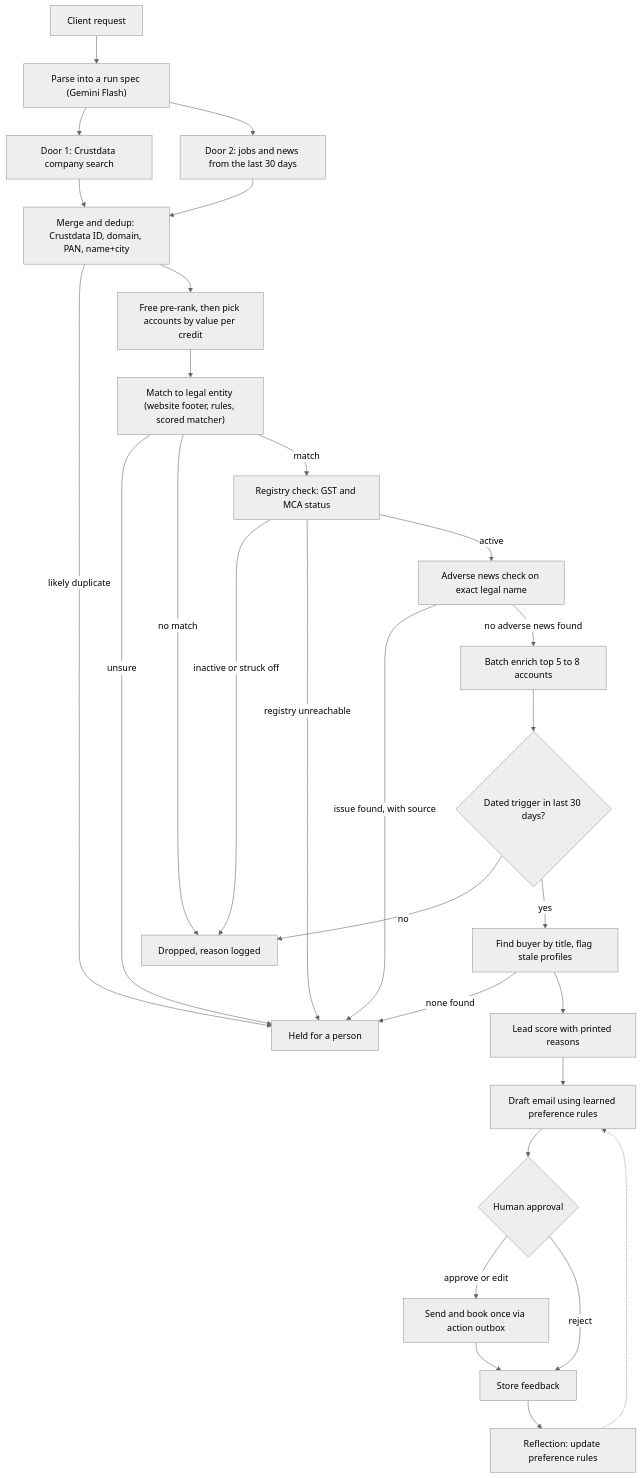
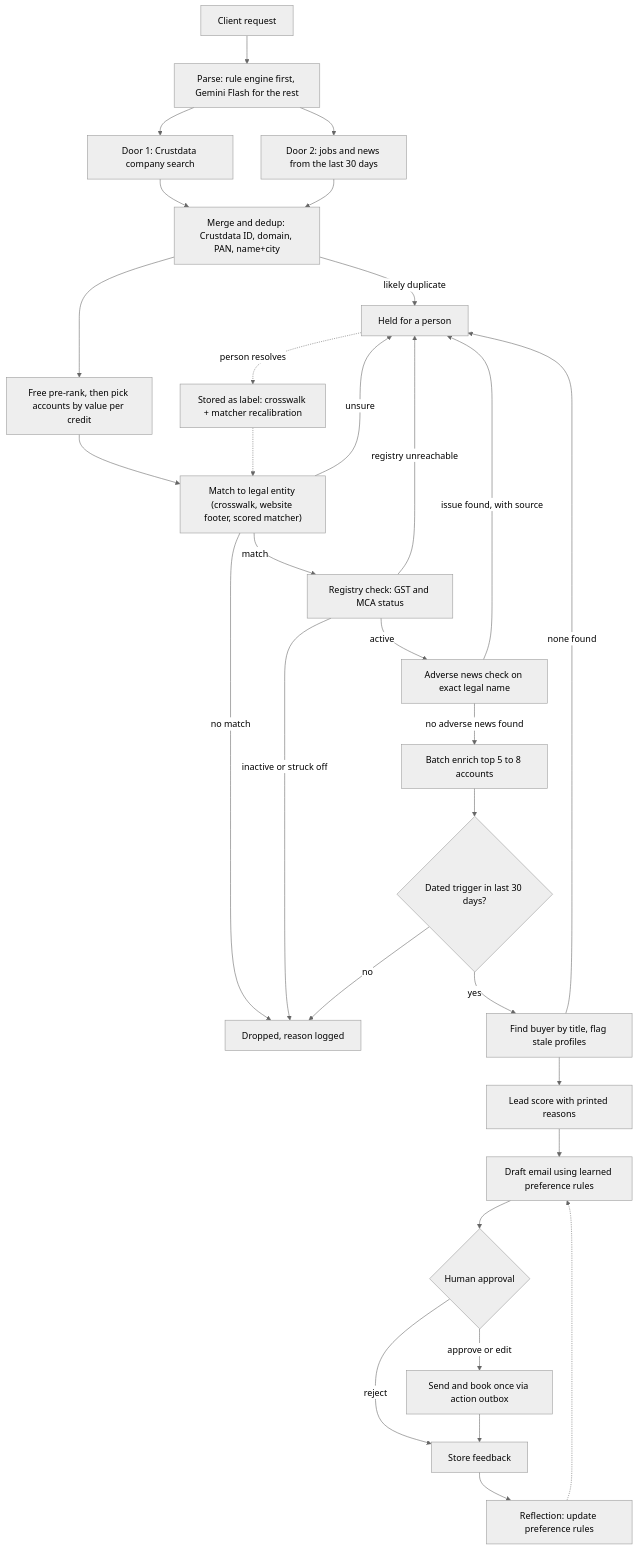
Before and after one commit to Krisha-cmd/ContextCon2026: the first of 2 diagrams in Ideation/3PL Revenue Agent Blueprint.md, drawn with Mermaid (neutral theme). The commit also changed other lines of this file, not shown here.

````diff
--- a/Ideation/3PL Revenue Agent Blueprint.md
+++ b/Ideation/3PL Revenue Agent Blueprint.md
@@ -15,31 +15,33 @@
 ```mermaid
 flowchart TD
-  A["Client request"] --> B["Parse into a run spec (Gemini Flash)"]
+  A["Client request"] --> B["Parse: rule engine first, Gemini Flash for the rest"]
   B --> C1["Door 1: Crustdata company search"]
   B --> C2["Door 2: jobs and news from the last 30 days"]
   C1 --> D["Merge and dedup: Crustdata ID, domain, PAN, name+city"]
   C2 --> D
   D -->|likely duplicate| X["Held for a person"]
   D --> E["Free pre-rank, then pick accounts by value per credit"]
-  E --> F["Match to legal entity (website footer, rules, scored matcher)"]
+  E --> F["Match to legal entity (crosswalk, website footer, scored matcher)"]
   F -->|unsure| X
   F -->|no match| Z["Dropped, reason logged"]
   F -->|match| G["Registry check: GST and MCA status"]
   G -->|inactive or struck off| Z
   G -->|registry unreachable| X
   G -->|active| H["Adverse news check on exact legal name"]
   H -->|issue found, with source| X
   H -->|no adverse news found| I["Batch enrich top 5 to 8 accounts"]
   I --> J{"Dated trigger in last 30 days?"}
   J -->|no| Z
   J -->|yes| K["Find buyer by title, flag stale profiles"]
   K -->|none found| X
   K --> L["Lead score with printed reasons"]
   L --> M["Draft email using learned preference rules"]
   M --> N{"Human approval"}
   N -->|approve or edit| O["Send and book once via action outbox"]
   N -->|reject| Q["Store feedback"]
   O --> Q
   Q --> R["Reflection: update preference rules"]
   R -.-> M
+  X -.->|person resolves| S["Stored as label: crosswalk + matcher recalibration"]
+  S -.-> F
 ```
````
